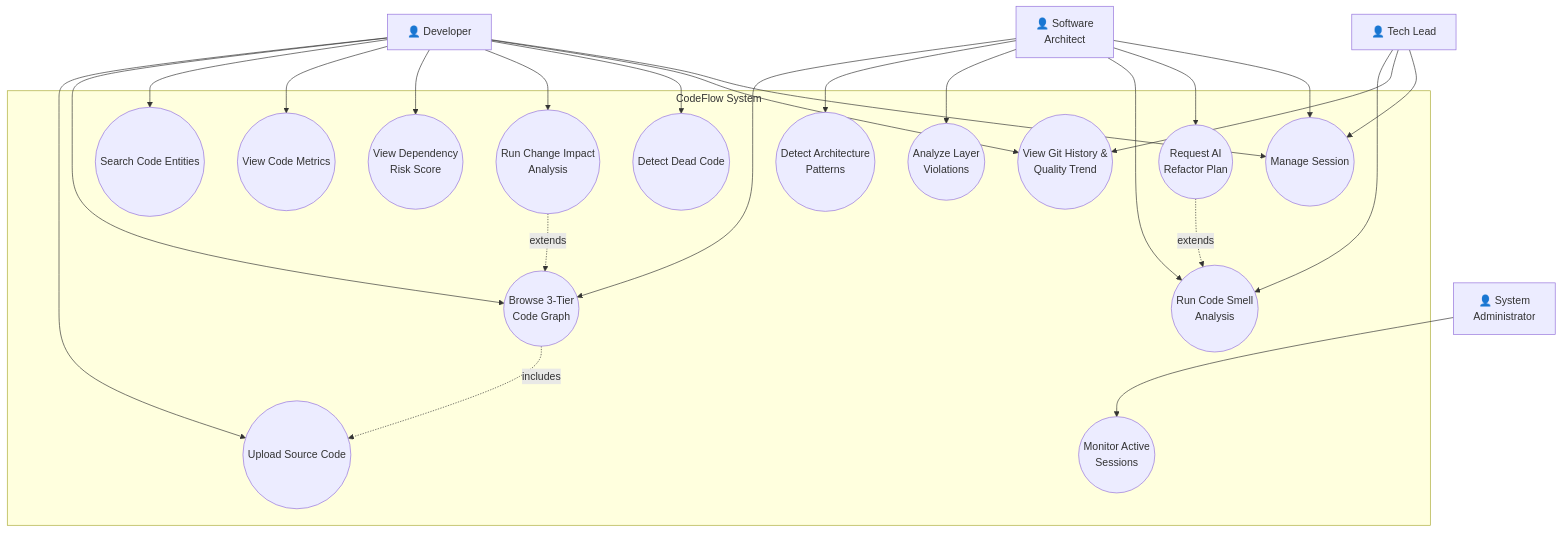
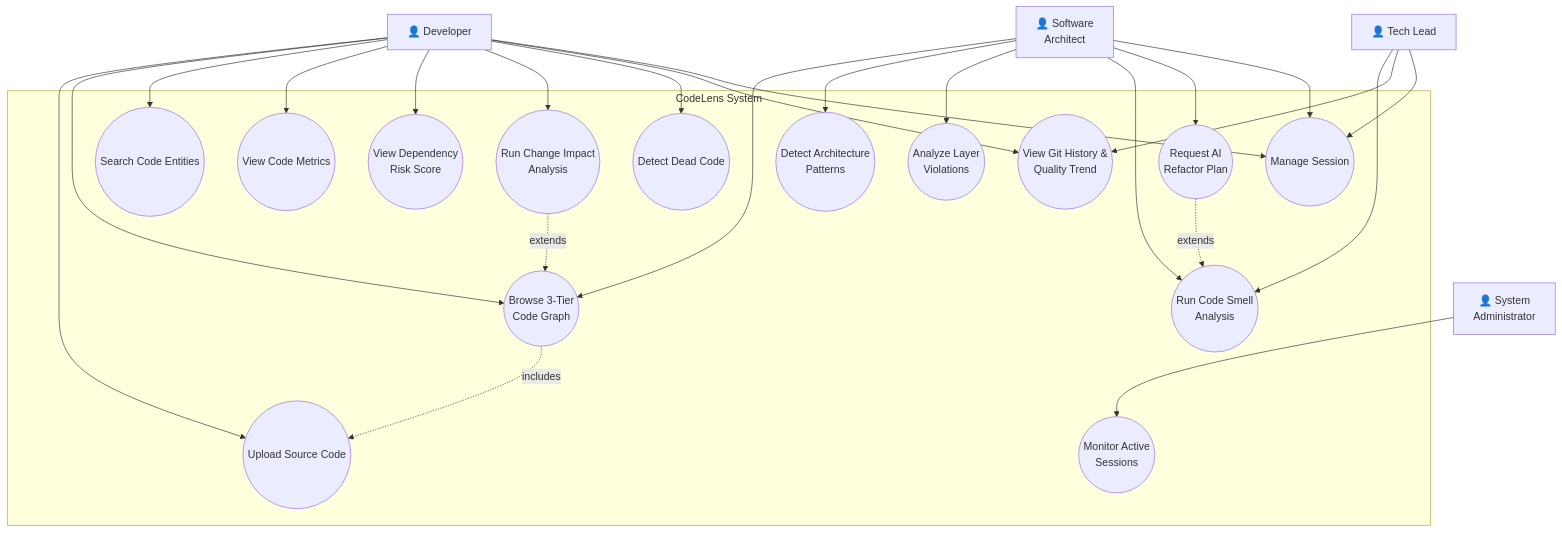
The second of 14 diagrams in docs/SRS.md (farjanasarker/Code_Base_Visualisation), drawn with Mermaid before and after one commit. The commit also changed other lines of this file and 7 other files, not shown here.

````diff
--- a/docs/SRS.md
+++ b/docs/SRS.md
@@ -169,51 +169,51 @@
 ```mermaid
 graph TB
     Dev["👤 Developer"]
     Arch["👤 Software<br/>Architect"]
     Lead["👤 Tech Lead"]
     Admin["👤 System<br/>Administrator"]
 
-    subgraph CodeFlow["CodeFlow System"]
+    subgraph CodeLens["CodeLens System"]
         UC1((Upload Source Code))
         UC2((Browse 3-Tier<br/>Code Graph))
         UC3((Search Code Entities))
         UC4((View Code Metrics))
         UC5((Detect Architecture<br/>Patterns))
         UC6((Analyze Layer<br/>Violations))
         UC7((Run Code Smell<br/>Analysis))
         UC8((Request AI<br/>Refactor Plan))
         UC9((View Dependency<br/>Risk Score))
         UC10((Run Change Impact<br/>Analysis))
         UC11((Detect Dead Code))
         UC12((View Git History &<br/>Quality Trend))
         UC13((Manage Session))
         UC14((Monitor Active<br/>Sessions))
     end
 
     Dev --> UC1
     Dev --> UC2
     Dev --> UC3
     Dev --> UC4
     Dev --> UC9
     Dev --> UC10
     Dev --> UC11
     Dev --> UC12
     Dev --> UC13
 
     Arch --> UC2
     Arch --> UC5
     Arch --> UC6
     Arch --> UC7
     Arch --> UC8
     Arch --> UC13
 
     Lead --> UC7
     Lead --> UC12
     Lead --> UC13
 
     Admin --> UC14
 
     UC2 -.includes.-> UC1
     UC8 -.extends.-> UC7
     UC10 -.extends.-> UC2
 ```
````
